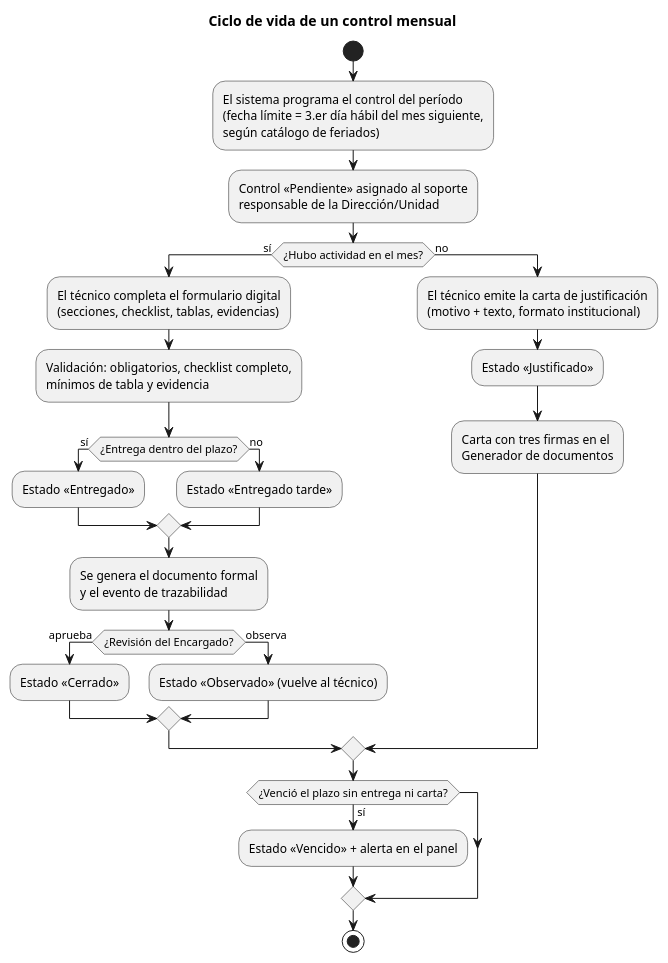
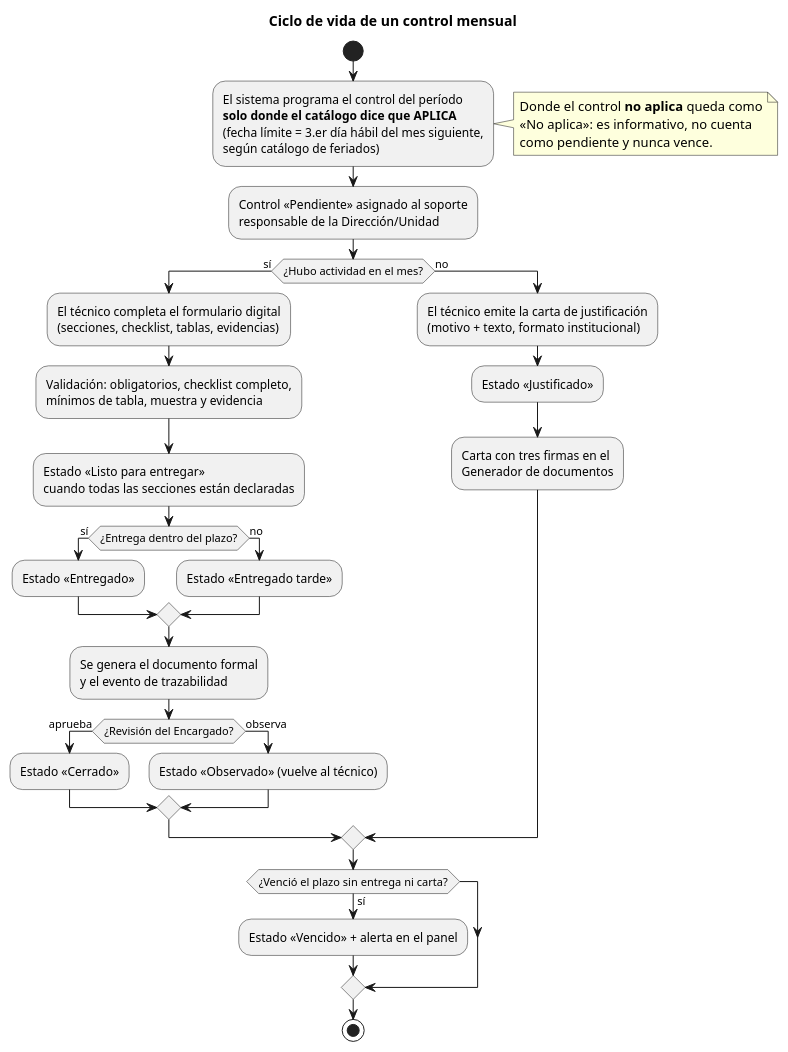
The diagram in docs/plantuml/actividades-control.puml (diego0399/sisgost-controles-mensuales), drawn with PlantUML before and after one commit. The commit also changed 63 other files, not shown here.

```diff
--- a/docs/plantuml/actividades-control.puml
+++ b/docs/plantuml/actividades-control.puml
@@ -1,29 +1,35 @@
 @startuml actividades-control
 title Ciclo de vida de un control mensual
 start
-:El sistema programa el control del período\n(fecha límite = 3.er día hábil del mes siguiente,\nsegún catálogo de feriados);
+:El sistema programa el control del período\n**solo donde el catálogo dice que APLICA**\n(fecha límite = 3.er día hábil del mes siguiente,\nsegún catálogo de feriados);
+note right
+  Donde el control **no aplica** queda como
+  «No aplica»: es informativo, no cuenta
+  como pendiente y nunca vence.
+end note
 :Control «Pendiente» asignado al soporte\nresponsable de la Dirección/Unidad;
 if (¿Hubo actividad en el mes?) then (sí)
   :El técnico completa el formulario digital\n(secciones, checklist, tablas, evidencias);
-  :Validación: obligatorios, checklist completo,\nmínimos de tabla y evidencia;
+  :Validación: obligatorios, checklist completo,\nmínimos de tabla, muestra y evidencia;
+  :Estado «Listo para entregar»\ncuando todas las secciones están declaradas;
   if (¿Entrega dentro del plazo?) then (sí)
     :Estado «Entregado»;
   else (no)
     :Estado «Entregado tarde»;
   endif
   :Se genera el documento formal\ny el evento de trazabilidad;
   if (¿Revisión del Encargado?) then (aprueba)
     :Estado «Cerrado»;
   else (observa)
     :Estado «Observado» (vuelve al técnico);
   endif
 else (no)
   :El técnico emite la carta de justificación\n(motivo + texto, formato institucional);
   :Estado «Justificado»;
   :Carta con tres firmas en el\nGenerador de documentos;
 endif
 if (¿Venció el plazo sin entrega ni carta?) then (sí)
   :Estado «Vencido» + alerta en el panel;
 endif
 stop
 @enduml
```
